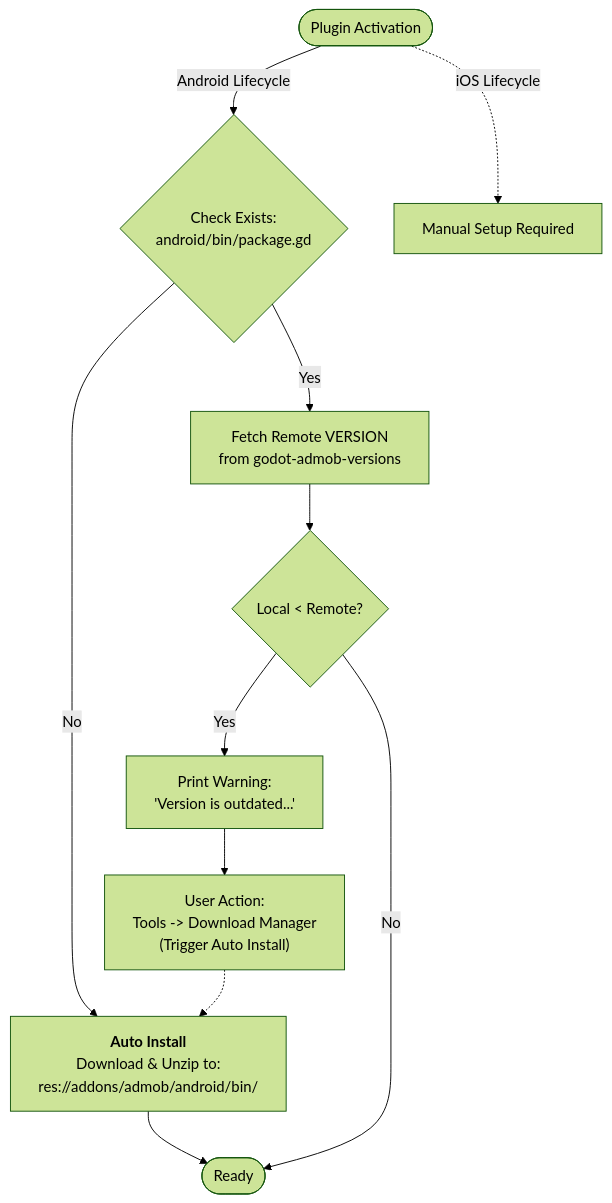
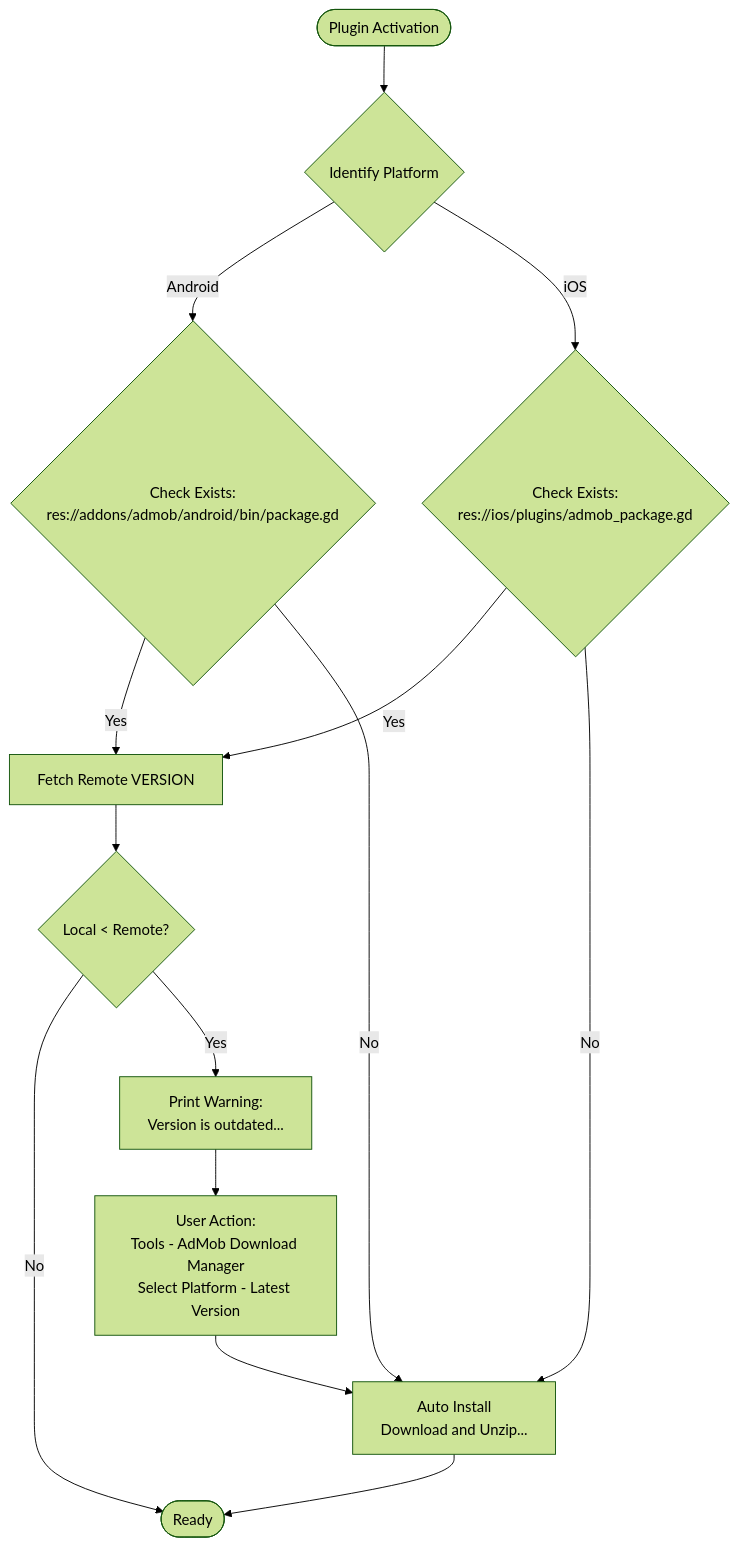
The diagram in addons/admob/docs/architecture/lifecycle.md (poingstudios/godot-admob-plugin), drawn with Mermaid (forest theme) before and after one commit. The commit also changed other lines of this file and 1 other file, not shown here.

Commit message:
feat: document automated iOS dependency management with .xcframework and unify plugin lifecycle documentation for both platforms.

````diff
--- a/addons/admob/docs/architecture/lifecycle.md
+++ b/addons/admob/docs/architecture/lifecycle.md
@@ -24,22 +31,22 @@
 ```mermaid
 graph TD
-	Start([Plugin Activation]) --> |Android Lifecycle| CheckAndroid{Check Exists:<br/>android/bin/package.gd}
+	Start([Plugin Activation]) --> IdentifyPlatform{Identify Platform}
 
-	%% Android - Missing File (Auto Install)
-	CheckAndroid -- No --> AutoInstall["<B>Auto Install</B><br/>Download & Unzip to:<br/>res://addons/admob/android/bin/"]
-	AutoInstall --> Ready([Ready])
+	IdentifyPlatform -- Android --> CheckAndroid{Check Exists:<br/>res://addons/admob/android/bin/package.gd}
+	IdentifyPlatform -- iOS --> CheckIOS{Check Exists:<br/>res://ios/plugins/admob_package.gd}
 
-	%% Android - Existing File (Version Check)
-	CheckAndroid -- Yes --> FetchRemote[Fetch Remote VERSION<br/>from godot-admob-versions]
-	FetchRemote --> CompareVersions{Local < Remote?}
+	CheckAndroid -- Yes --> FetchRemote[Fetch Remote VERSION]
+	CheckIOS -- Yes --> FetchRemote
 
-	%% Version Result
-	CompareVersions -- Yes --> Warning["Print Warning:<br/>'Version is outdated...'"]
-	Warning --> UserUpdate["User Action:<br/>Tools -> Download Manager<br/>(Trigger Auto Install)"]
-	UserUpdate -.-> AutoInstall
-	
-	CompareVersions -- No --> Ready
+	CheckAndroid -- No --> AutoInstall[Auto Install<br/>Download and Unzip...]
+	CheckIOS -- No --> AutoInstall
 
-	%% iOS
-	Start -.->|iOS Lifecycle| ManualIOS[Manual Setup Required]
+	FetchRemote --> Compare{Local < Remote?}
+	Compare -- No --> Ready([Ready])
+	Compare -- Yes --> Warning[Print Warning:<br/>Version is outdated...]
+
+	Warning --> UserUpdate[User Action:<br/>Tools - AdMob Download Manager<br/>Select Platform - Latest Version]
+	UserUpdate --> AutoInstall
+
+	AutoInstall --> Ready
 ```
````
